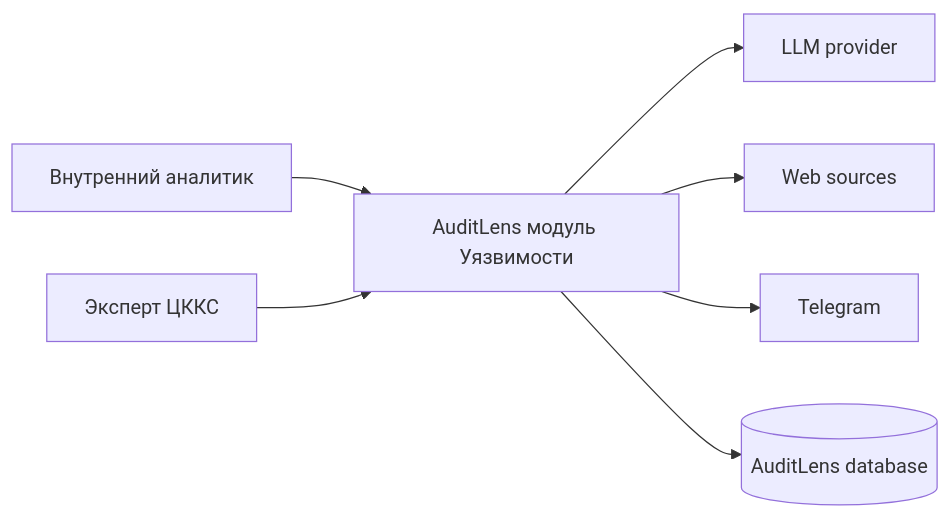
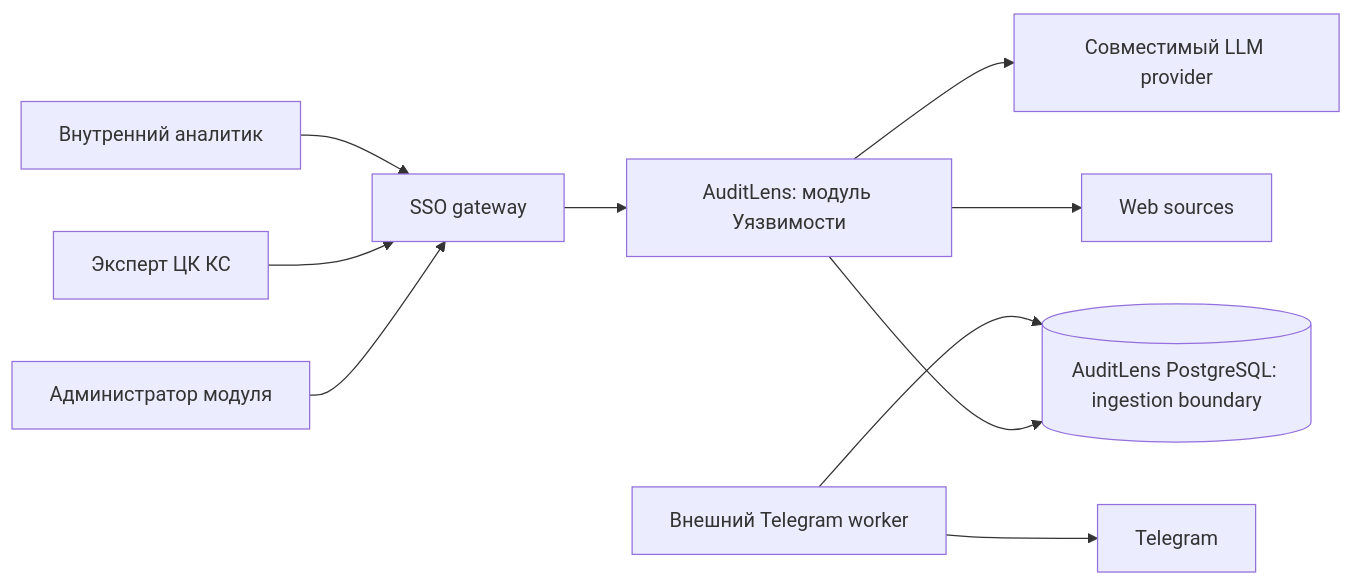
Before and after one commit to SashaEee/auditLens: the first of 5 diagrams in docs/loophole/bmad/planning-artifacts/architecture/architecture-auditLens-2026-08-26/C4.md, drawn with Mermaid. The commit also changed other lines of this file and 12 other files, not shown here.

````diff
--- a/docs/loophole/bmad/planning-artifacts/architecture/architecture-auditLens-2026-08-26/C4.md
+++ b/docs/loophole/bmad/planning-artifacts/architecture/architecture-auditLens-2026-08-26/C4.md
@@ -5,9 +7,12 @@
 ```mermaid
 flowchart LR
-  Analyst[Внутренний аналитик] --> AL[AuditLens модуль Уязвимости]
-  Expert[Эксперт ЦККС] --> AL
-  AL --> LLM[LLM provider]
+  Analyst[Внутренний аналитик] --> Gateway[SSO gateway]
+  Expert[Эксперт ЦК КС] --> Gateway
+  Admin[Администратор модуля] --> Gateway
+  Gateway --> AL[AuditLens: модуль Уязвимости]
+  AL --> LLM[Совместимый LLM provider]
   AL --> Web[Web sources]
-  AL --> TG[Telegram]
-  AL --> DB[(AuditLens database)]
+  Worker[Внешний Telegram worker] --> TG[Telegram]
+  Worker --> ALDB[(AuditLens PostgreSQL: ingestion boundary)]
+  AL --> ALDB
 ```
````
